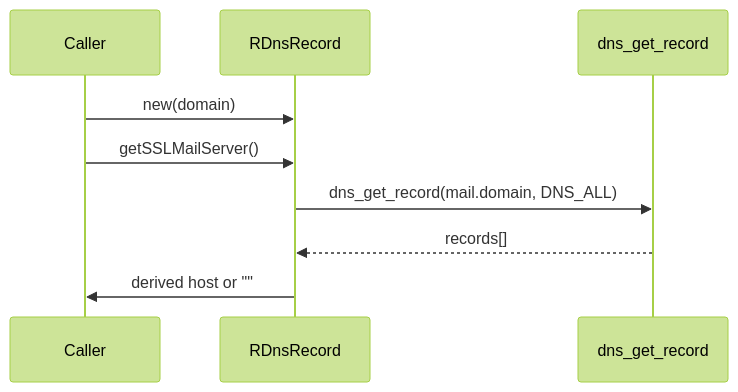
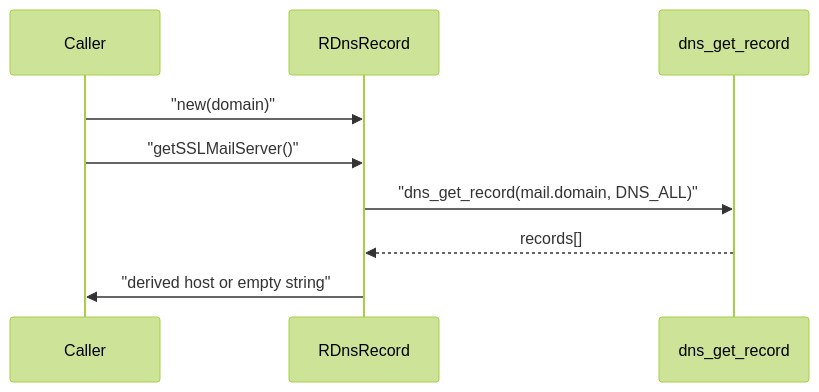
The second of 2 diagrams in dns/HLD.md (pauljrhodes/ramblers-library), drawn with Mermaid (forest theme) before and after one commit. The commit also changed other lines of this file and 33 other files, not shown here.

First line of the commit message:
Normalize Mermaid diagrams for GitHub rendering (#13)

````diff
--- a/dns/HLD.md
+++ b/dns/HLD.md
@@ -33,12 +33,12 @@
 ```mermaid
 sequenceDiagram
     participant Caller
     participant Resolver as RDnsRecord
     participant DNS as dns_get_record
 
-    Caller->>Resolver: new(domain)
-    Caller->>Resolver: getSSLMailServer()
-    Resolver->>DNS: dns_get_record(mail.domain, DNS_ALL)
+    Caller->>Resolver: "new(domain)"
+    Caller->>Resolver: "getSSLMailServer()"
+    Resolver->>DNS: "dns_get_record(mail.domain, DNS_ALL)"
     DNS-->>Resolver: records[]
-    Resolver->>Caller: derived host or ""
+    Resolver->>Caller: "derived host or empty string"
 ```
````
